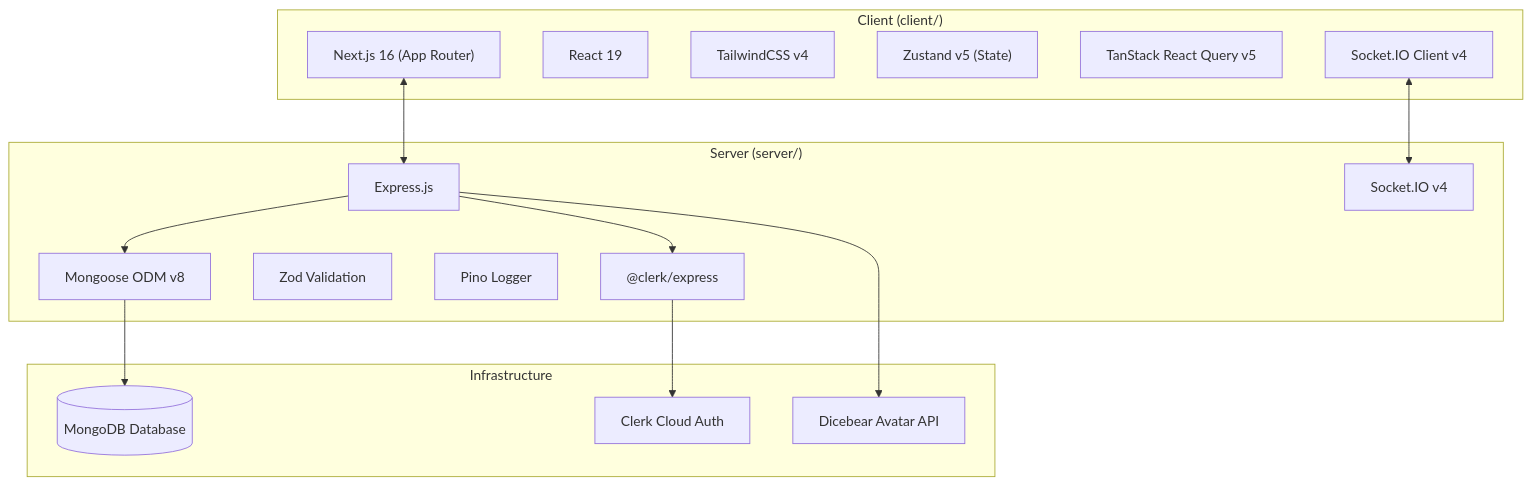
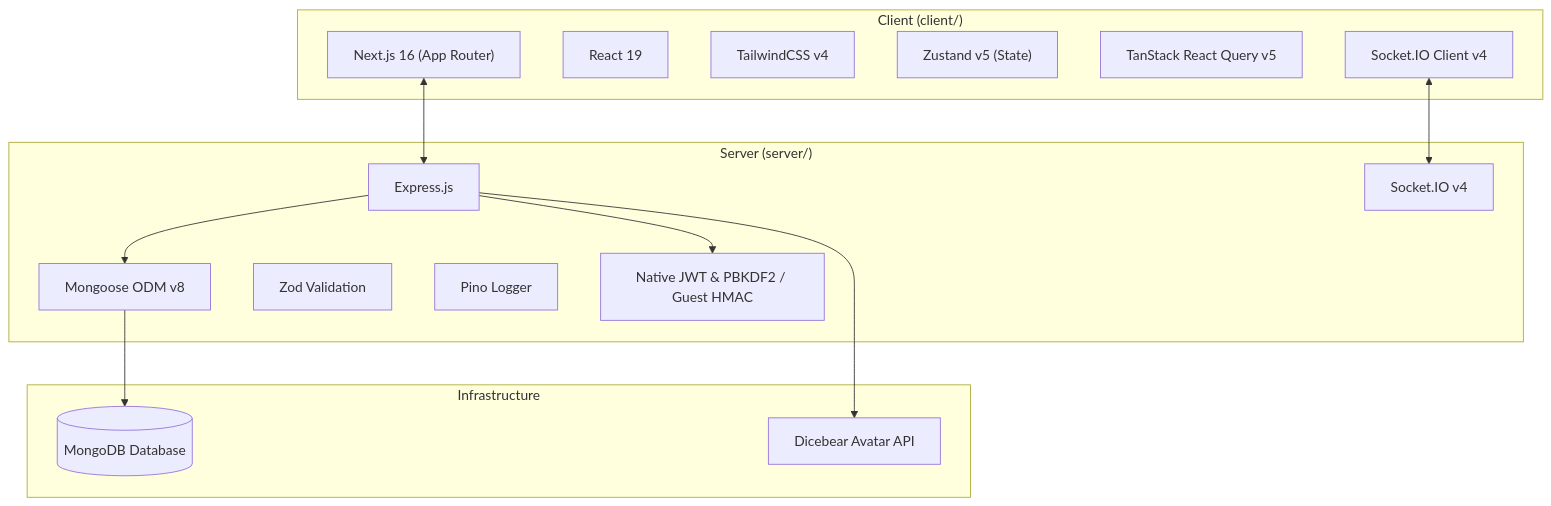
One commit to harshverma-25/CodeArena changed the second of 2 diagrams in docs/00-project-overview.md. Above: the diagram before and after it, drawn with Mermaid. The commit also changed other lines of this file and 17 other files, not shown here.

Commit message:
docs: synchronize project documentation with current architecture

````diff
--- a/docs/00-project-overview.md
+++ b/docs/00-project-overview.md
@@ -50,32 +50,31 @@
 ```mermaid
 flowchart TD
     subgraph Client ["Client (client/)"]
         Next["Next.js 16 (App Router)"]
         React["React 19"]
         Tailwind["TailwindCSS v4"]
         Zustand["Zustand v5 (State)"]
         Query["TanStack React Query v5"]
         SocketClient["Socket.IO Client v4"]
     end
 
     subgraph Server ["Server (server/)"]
         Express["Express.js"]
         SocketServer["Socket.IO v4"]
         Mongoose["Mongoose ODM v8"]
         Zod["Zod Validation"]
         Pino["Pino Logger"]
-        ClerkSDK["@clerk/express"]
+        NativeAuth["Native JWT & PBKDF2 / Guest HMAC"]
     end
 
     subgraph Infrastructure ["Infrastructure"]
         MongoDB[(MongoDB Database)]
-        ClerkService[Clerk Cloud Auth]
         Dicebear[Dicebear Avatar API]
     end
 
     Next <--> Express
     SocketClient <--> SocketServer
     Express --> Mongoose --> MongoDB
-    Express --> ClerkSDK --> ClerkService
+    Express --> NativeAuth
     Express --> Dicebear
 ```
````
